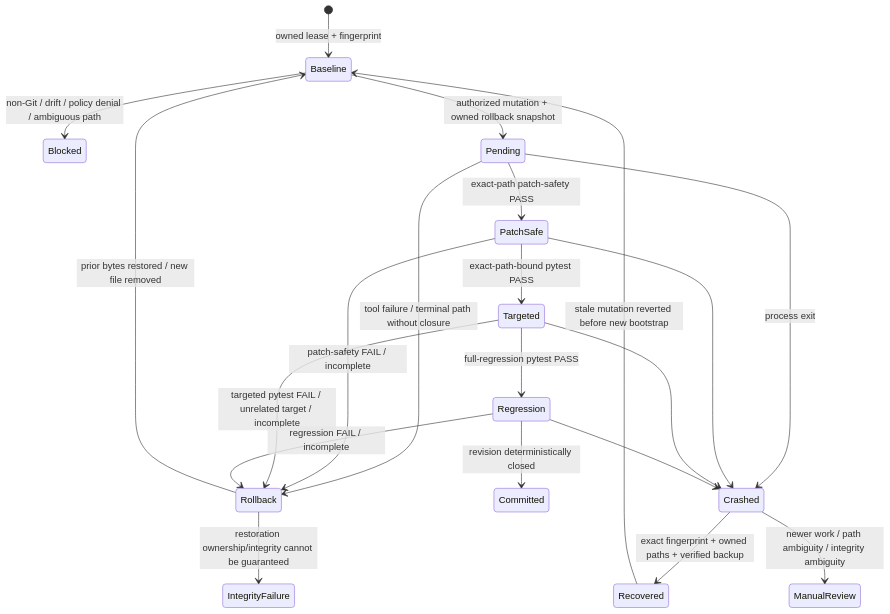
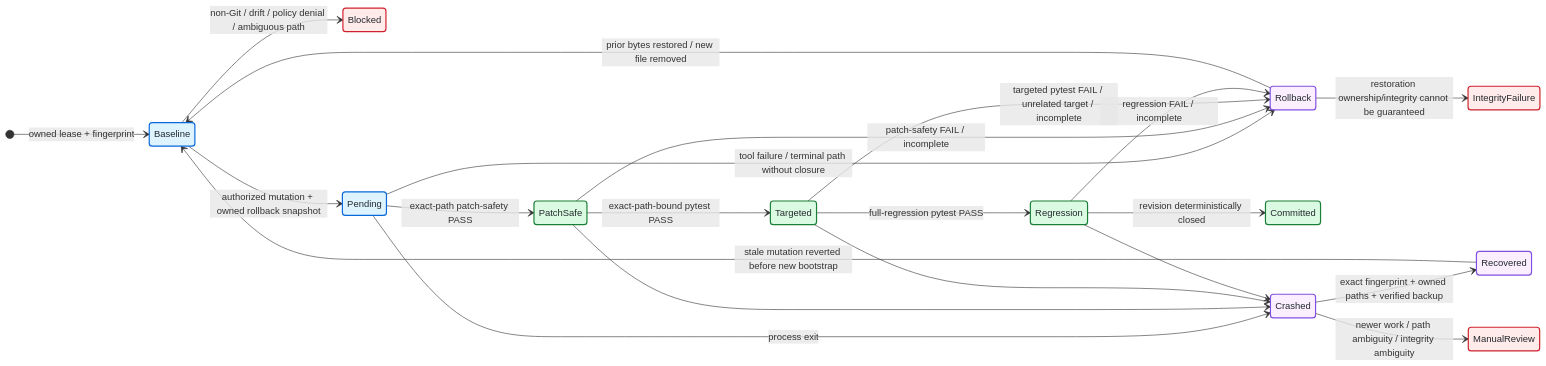
One commit to portyu9/ai-qa-automation changed the diagram in docs/RUNTIME_CONTROL.md. Above: the diagram before and after it, drawn with Mermaid. The commit also changed other lines of this file, not shown here.

Commit message:
docs: make mutation recovery state machine accessible and semantic

````diff
--- a/docs/RUNTIME_CONTROL.md
+++ b/docs/RUNTIME_CONTROL.md
@@ -32,31 +32,45 @@
 ```mermaid
 stateDiagram-v2
+    direction LR
+    accTitle: Autonomous mutation transaction and crash-recovery state machine
+    accDescr: A mutation starts only from an owned baseline. Exact-path patch safety, exact-path-bound targeted pytest, and full regression must pass before commit. Failed or incomplete proof rolls back. A crashed transaction is automatically recovered only when workspace ownership, fingerprint, paths, and backup integrity remain provable; otherwise the runtime blocks for manual review.
+
     [*] --> Baseline: owned lease + fingerprint
 
     Baseline --> Blocked: non-Git / drift / policy denial / ambiguous path
     Baseline --> Pending: authorized mutation + owned rollback snapshot
 
     Pending --> PatchSafe: exact-path patch-safety PASS
     Pending --> Rollback: tool failure / terminal path without closure
 
     PatchSafe --> Targeted: exact-path-bound pytest PASS
     PatchSafe --> Rollback: patch-safety FAIL / incomplete
 
     Targeted --> Regression: full-regression pytest PASS
     Targeted --> Rollback: targeted pytest FAIL / unrelated target / incomplete
 
     Regression --> Committed: revision deterministically closed
     Regression --> Rollback: regression FAIL / incomplete
 
     Rollback --> Baseline: prior bytes restored / new file removed
     Rollback --> IntegrityFailure: restoration ownership/integrity cannot be guaranteed
 
     Pending --> Crashed: process exit
     PatchSafe --> Crashed
     Targeted --> Crashed
     Regression --> Crashed
 
     Crashed --> Recovered: exact fingerprint + owned paths + verified backup
     Recovered --> Baseline: stale mutation reverted before new bootstrap
     Crashed --> ManualReview: newer work / path ambiguity / integrity ambiguity
+
+    classDef active fill:#ddf4ff,stroke:#0969da,color:#24292f,stroke-width:2px
+    classDef verified fill:#dafbe1,stroke:#1a7f37,color:#24292f,stroke-width:2px
+    classDef recovery fill:#fbefff,stroke:#8250df,color:#24292f,stroke-width:2px
+    classDef blocked fill:#ffebe9,stroke:#cf222e,color:#24292f,stroke-width:2px
+
+    class Baseline,Pending active
+    class PatchSafe,Targeted,Regression,Committed verified
+    class Rollback,Crashed,Recovered recovery
+    class Blocked,IntegrityFailure,ManualReview blocked
 ```
````
